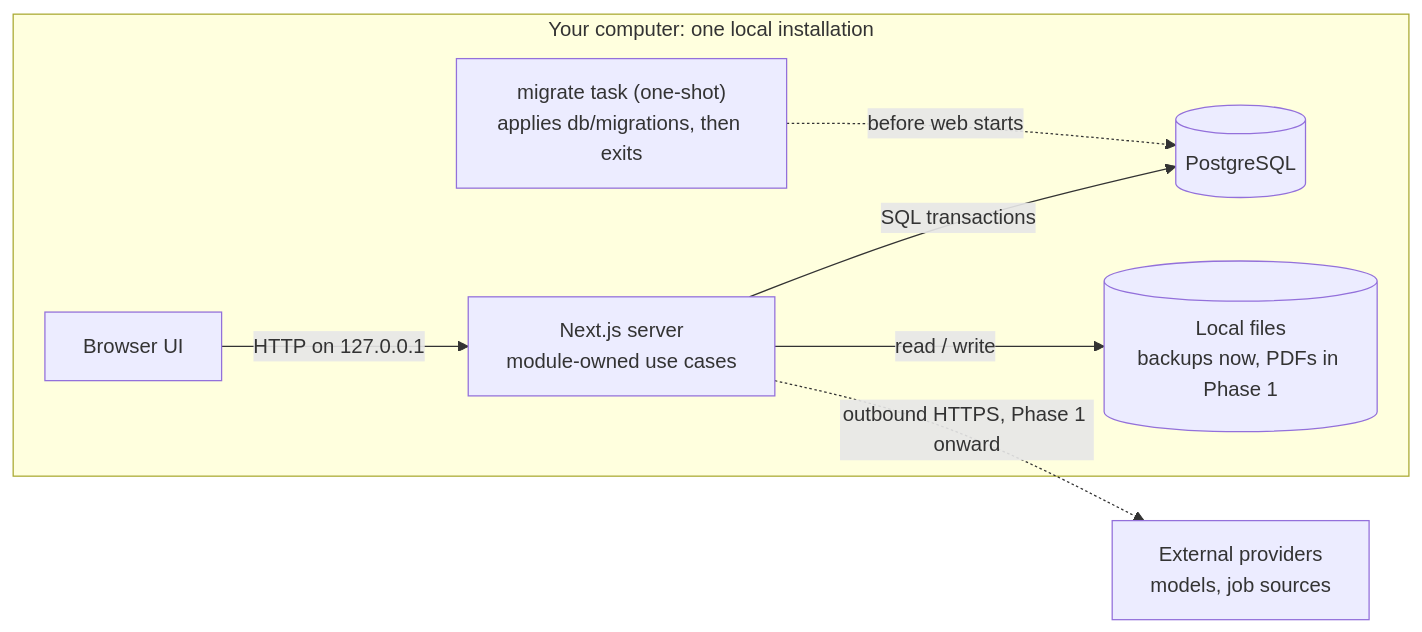
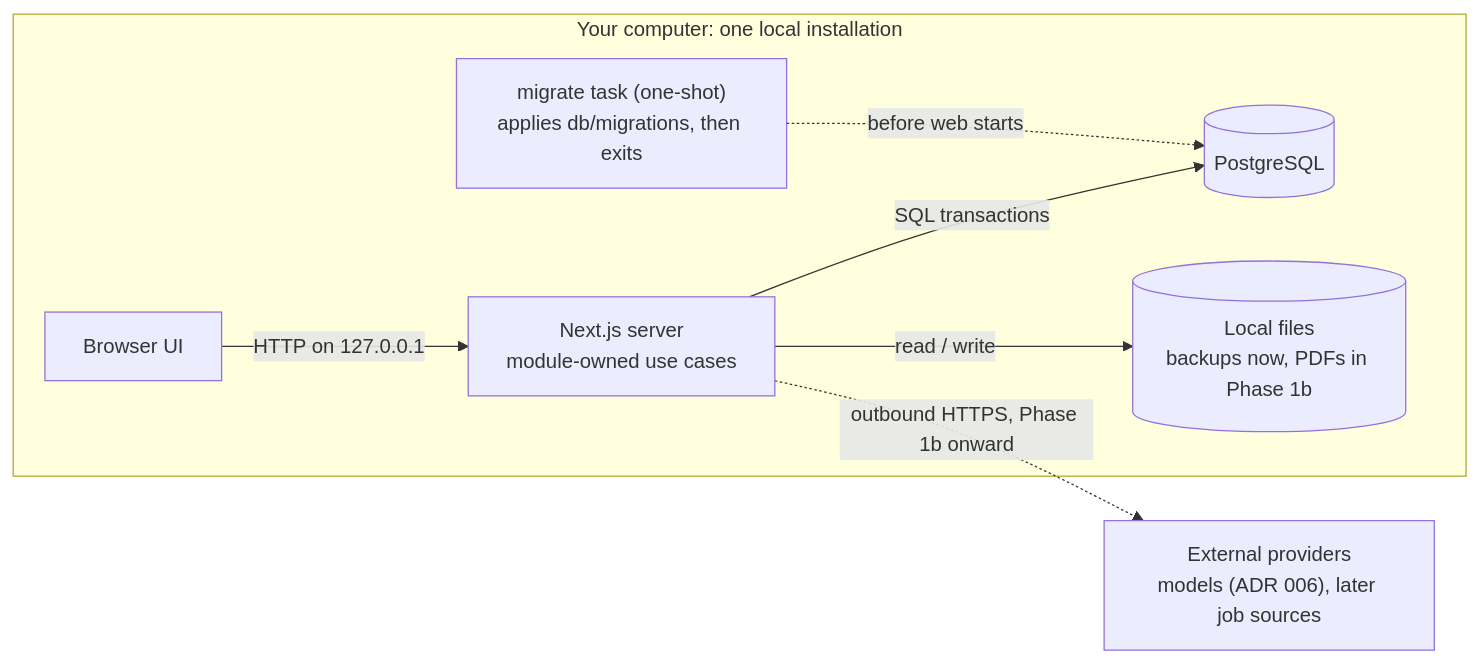
The first of 2 diagrams in docs/03-system-and-modules.md (3333444n/landed), drawn with Mermaid before and after one commit. The commit also changed other lines of this file and 20 other files, not shown here.

````diff
--- a/docs/03-system-and-modules.md
+++ b/docs/03-system-and-modules.md
@@ -13,10 +13,10 @@
 ```mermaid
 flowchart LR
   subgraph local["Your computer: one local installation"]
     browser["Browser UI"] -->|"HTTP on 127.0.0.1"| app["Next.js server<br/>module-owned use cases"]
     app -->|"SQL transactions"| db[("PostgreSQL")]
-    app -->|"read / write"| files[("Local files<br/>backups now, PDFs in Phase 1")]
+    app -->|"read / write"| files[("Local files<br/>backups now, PDFs in Phase 1b")]
     migrate["migrate task (one-shot)<br/>applies db/migrations, then exits"] -.->|"before web starts"| db
   end
-  app -.->|"outbound HTTPS, Phase 1 onward"| providers["External providers<br/>models, job sources"]
+  app -.->|"outbound HTTPS, Phase 1b onward"| providers["External providers<br/>models (ADR 006), later job sources"]
 ```
````
